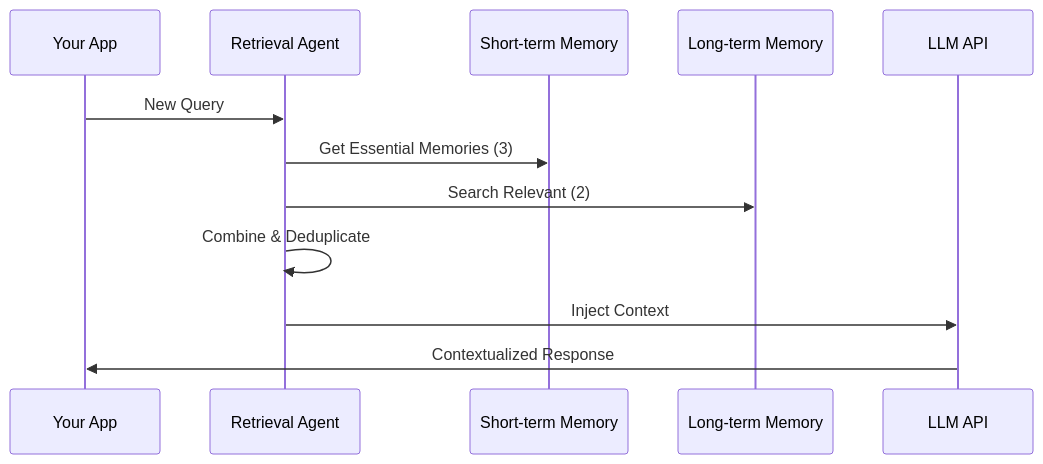
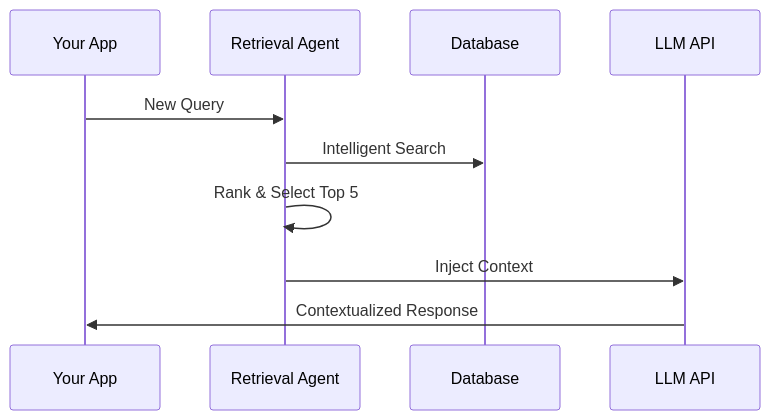
One commit to vishalbelsare/memori changed the fourth of 5 diagrams in docs/open-source/architecture.md. Above: the diagram before and after it, drawn with Mermaid. The commit also changed other lines of this file and 9 other files, not shown here.

````diff
--- a/docs/open-source/architecture.md
+++ b/docs/open-source/architecture.md
@@ -194,15 +281,13 @@
 ```mermaid
 sequenceDiagram
     participant App as Your App
     participant RA as Retrieval Agent
-    participant STM as Short-term Memory
-    participant LTM as Long-term Memory
+    participant DB as Database
     participant LLM as LLM API
     
     App->>RA: New Query
-    RA->>STM: Get Essential Memories (3)
-    RA->>LTM: Search Relevant (2)
-    RA->>RA: Combine & Deduplicate
+    RA->>DB: Intelligent Search
+    RA->>RA: Rank & Select Top 5
     RA->>LLM: Inject Context
     LLM->>App: Contextualized Response
 ```
````
